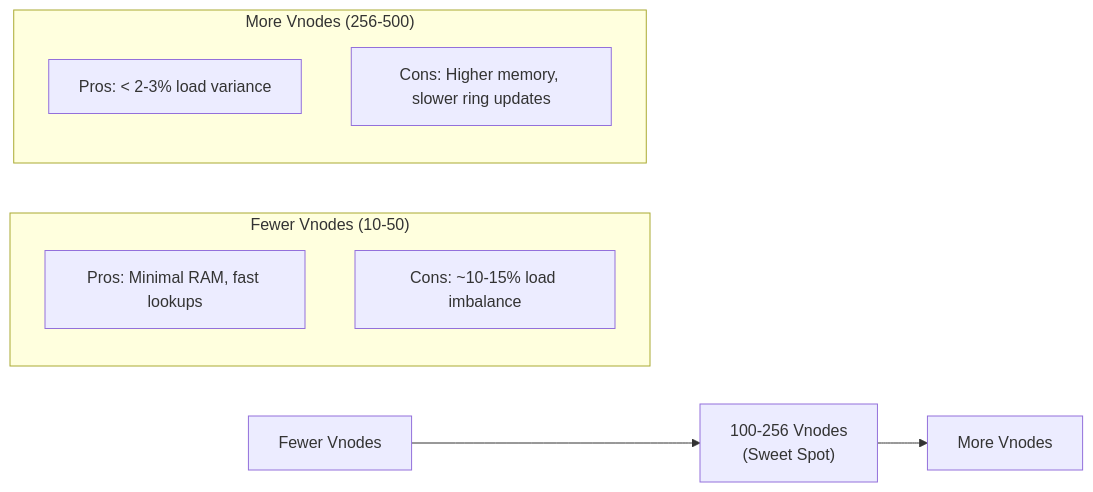
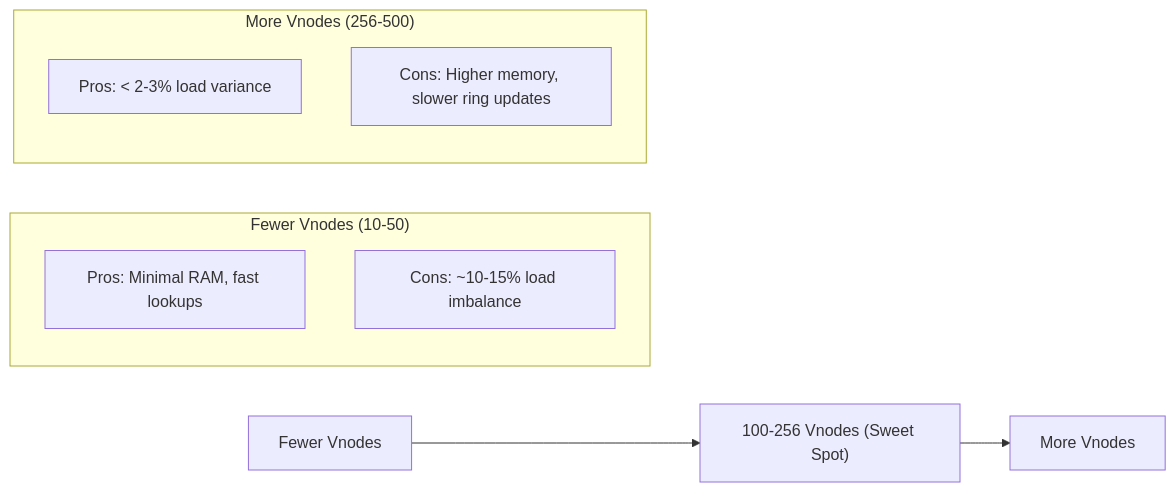
Before and after one commit to Chandra179/atlas: the sixth of 6 diagrams in blog/astro/src/content/docs/routing-mechanism.md, drawn with Mermaid. The commit also changed other lines of this file and 13 other files, not shown here.

````diff
--- a/blog/astro/src/content/docs/routing-mechanism.md
+++ b/blog/astro/src/content/docs/routing-mechanism.md
@@ -271,13 +271,13 @@
 ```mermaid
 graph LR
     subgraph "Fewer Vnodes (10-50)"
         P1["Pros: Minimal RAM, fast lookups"]
         C1["Cons: ~10-15% load imbalance"]
     end
     subgraph "More Vnodes (256-500)"
         P2["Pros: < 2-3% load variance"]
         C2["Cons: Higher memory, slower ring updates"]
     end
-    F["Fewer Vnodes"] --> M["100-256 Vnodes<br/>(Sweet Spot)"]
+    F["Fewer Vnodes"] --> M["100-256 Vnodes (Sweet Spot)"]
     M --> R["More Vnodes"]
 ```
````
